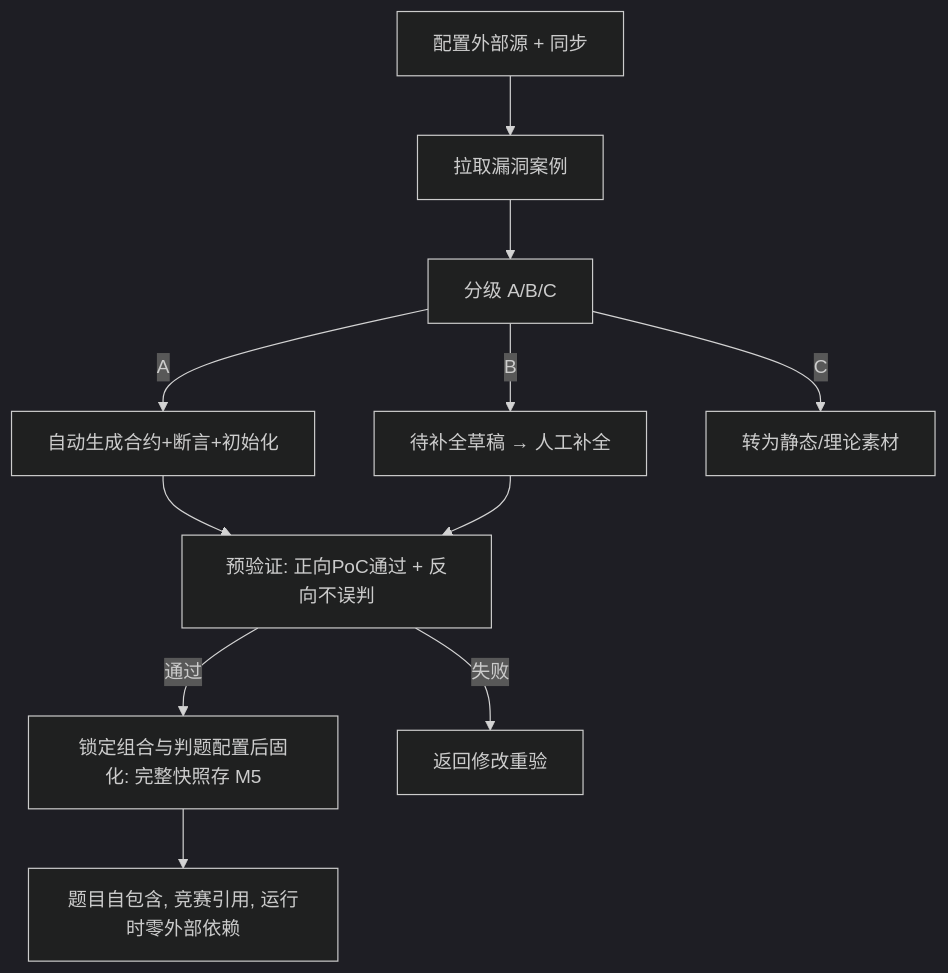
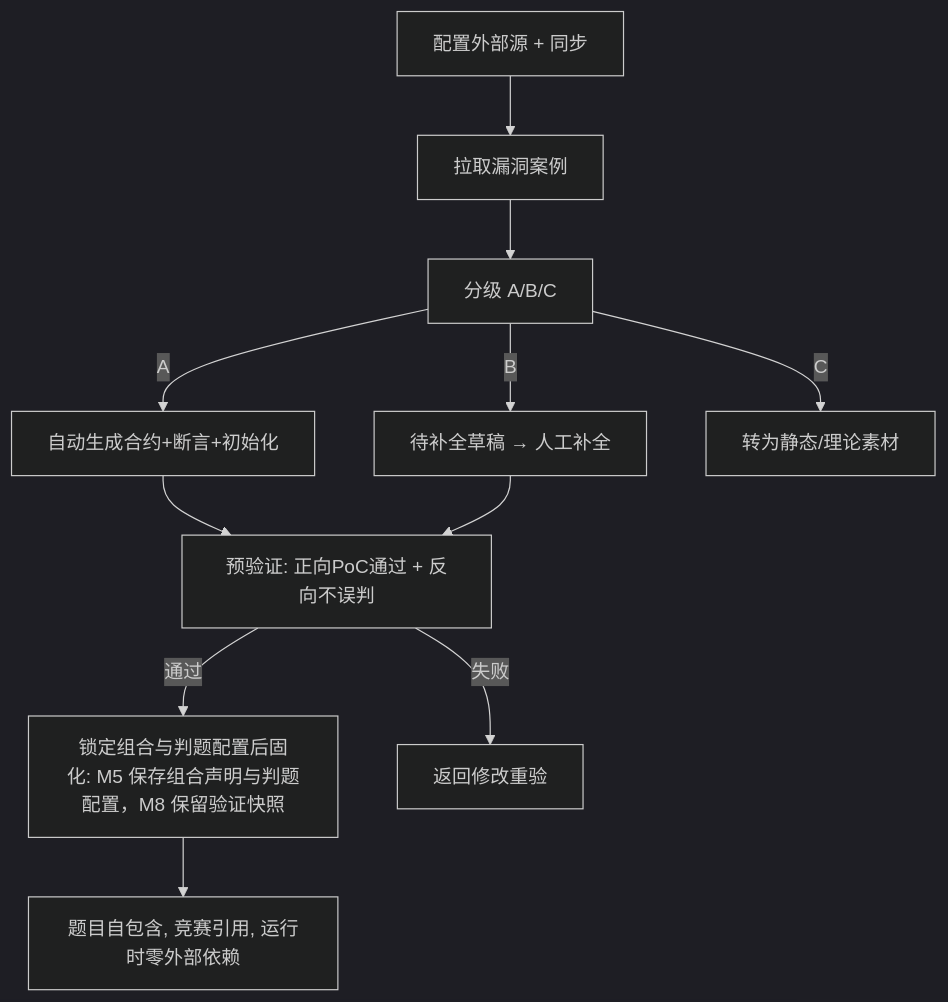
The eighth of 9 diagrams in docs/08-竞赛/05-业务流程与状态机.md (menghuishisan/CHAIMIR), drawn with Mermaid (dark theme) before and after one commit. The commit also changed other lines of this file and 340 other files, not shown here.

````diff
--- a/docs/08-竞赛/05-业务流程与状态机.md
+++ b/docs/08-竞赛/05-业务流程与状态机.md
@@ -139,13 +154,13 @@
 ```mermaid
 flowchart TD
     A[配置外部源 + 同步] --> B[拉取漏洞案例]
     B --> C[分级 A/B/C]
     C -->|A| D[自动生成合约+断言+初始化]
     C -->|B| E[待补全草稿 → 人工补全]
     C -->|C| F[转为静态/理论素材]
     D --> G[预验证: 正向PoC通过 + 反向不误判]
     E --> G
-    G -->|通过| H[锁定组合与判题配置后固化: 完整快照存 M5]
+    G -->|通过| H[锁定组合与判题配置后固化: M5 保存组合声明与判题配置，M8 保留验证快照]
     G -->|失败| I[返回修改重验]
     H --> J[题目自包含, 竞赛引用, 运行时零外部依赖]
 ```
````
